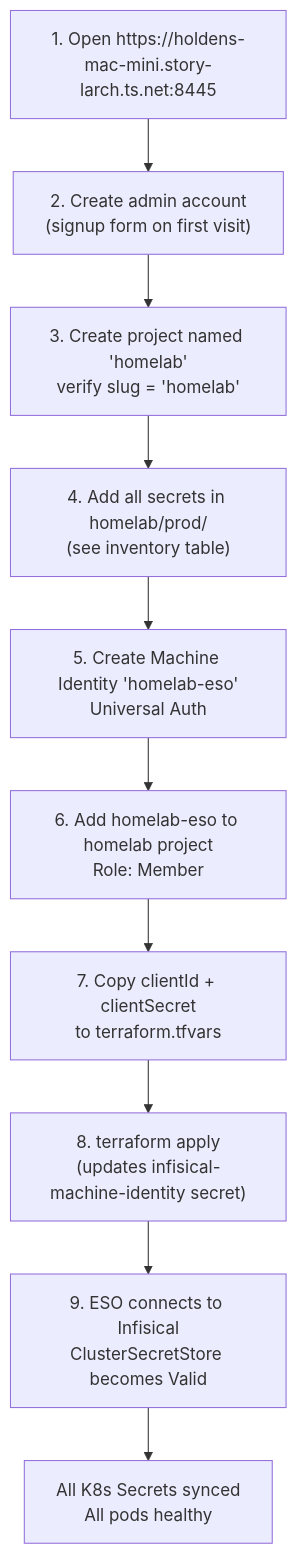
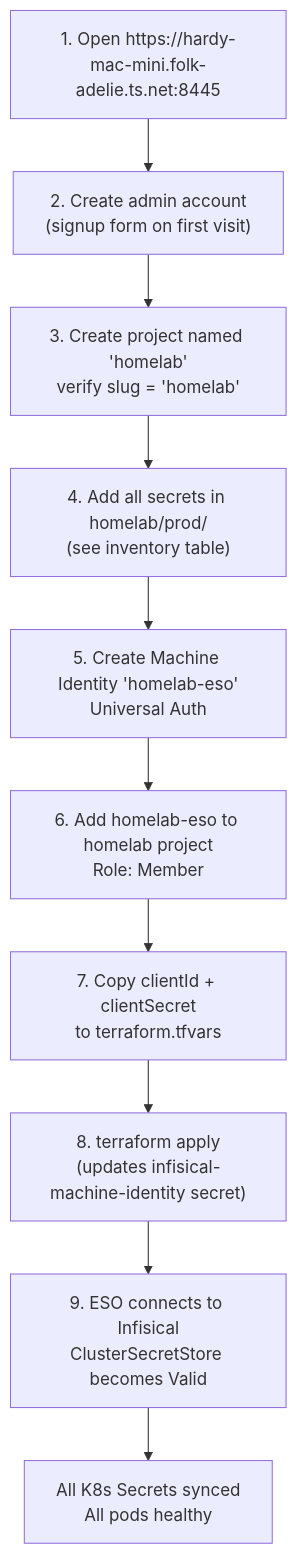
The fourth of 7 diagrams in k8s/apps/infisical/README.md (haingth77/homelab), drawn with Mermaid before and after one commit. The commit also changed other lines of this file and 18 other files, not shown here.

````diff
--- a/k8s/apps/infisical/README.md
+++ b/k8s/apps/infisical/README.md
@@ -157,13 +157,13 @@
 ```mermaid
 flowchart TD
-    A["1. Open https://holdens-mac-mini.story-larch.ts.net:8445"] --> B
+    A["1. Open https://hardy-mac-mini.folk-adelie.ts.net:8445"] --> B
     B["2. Create admin account\n(signup form on first visit)"] --> C
     C["3. Create project named 'homelab'\nverify slug = 'homelab'"] --> D
     D["4. Add all secrets in homelab/prod/\n(see inventory table)"] --> E
     E["5. Create Machine Identity 'homelab-eso'\nUniversal Auth"] --> F
     F["6. Add homelab-eso to homelab project\nRole: Member"] --> G
     G["7. Copy clientId + clientSecret\nto terraform.tfvars"] --> H
     H["8. terraform apply\n(updates infisical-machine-identity secret)"] --> I
     I["9. ESO connects to Infisical\nClusterSecretStore becomes Valid"] --> J
     J["All K8s Secrets synced\nAll pods healthy"]
 ```
````
